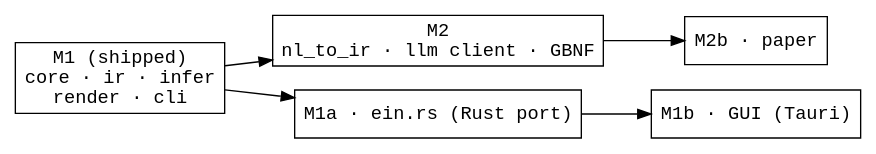
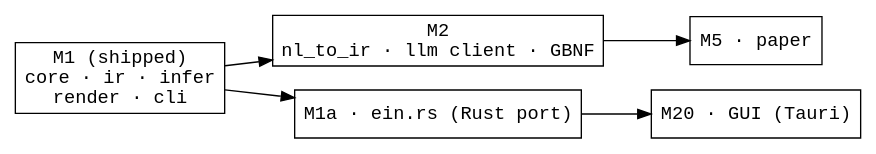
The third of 3 diagrams in docs/kernel/architecture.md (agutikov/ein), drawn with Graphviz before and after one commit. The commit also changed other lines of this file and 29 other files, not shown here.

First line of the commit message:
plans: M1b → M20 (GUI), M2b → M5 (paper + presentation)

````diff
--- a/docs/kernel/architecture.md
+++ b/docs/kernel/architecture.md
@@ -97,12 +97,12 @@
 ```dot
 digraph milestones {
   rankdir=LR; node [shape=box, fontname="monospace"];
   M1 [label="M1 (shipped)\ncore · ir · infer\nrender · cli"];
   M2 [label="M2\nnl_to_ir · llm client · GBNF"];
   M1 -> M2;
   M1a [label="M1a · ein.rs (Rust port)"];
-  M1b [label="M1b · GUI (Tauri)"];
-  M2b [label="M2b · paper"];
-  M1 -> M1a -> M1b; M2 -> M2b;
+  M20 [label="M20 · GUI (Tauri)"];
+  M5 [label="M5 · paper"];
+  M1 -> M1a -> M20; M2 -> M5;
 }
 ```
````
